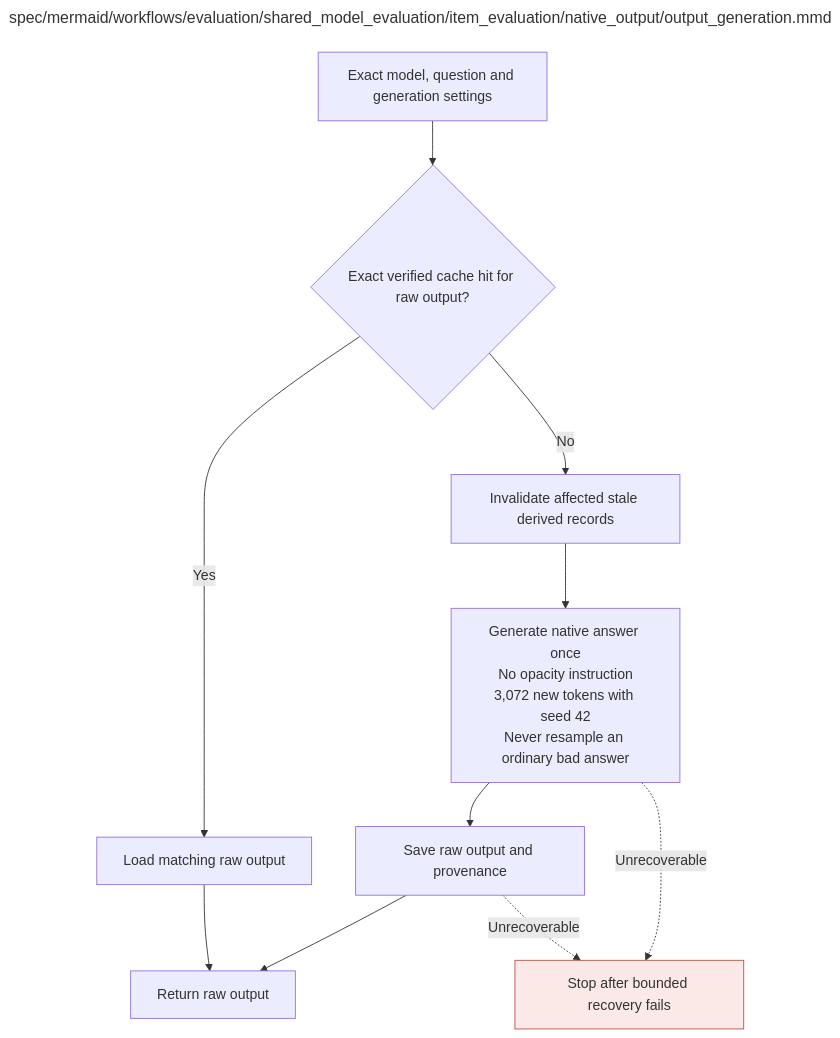
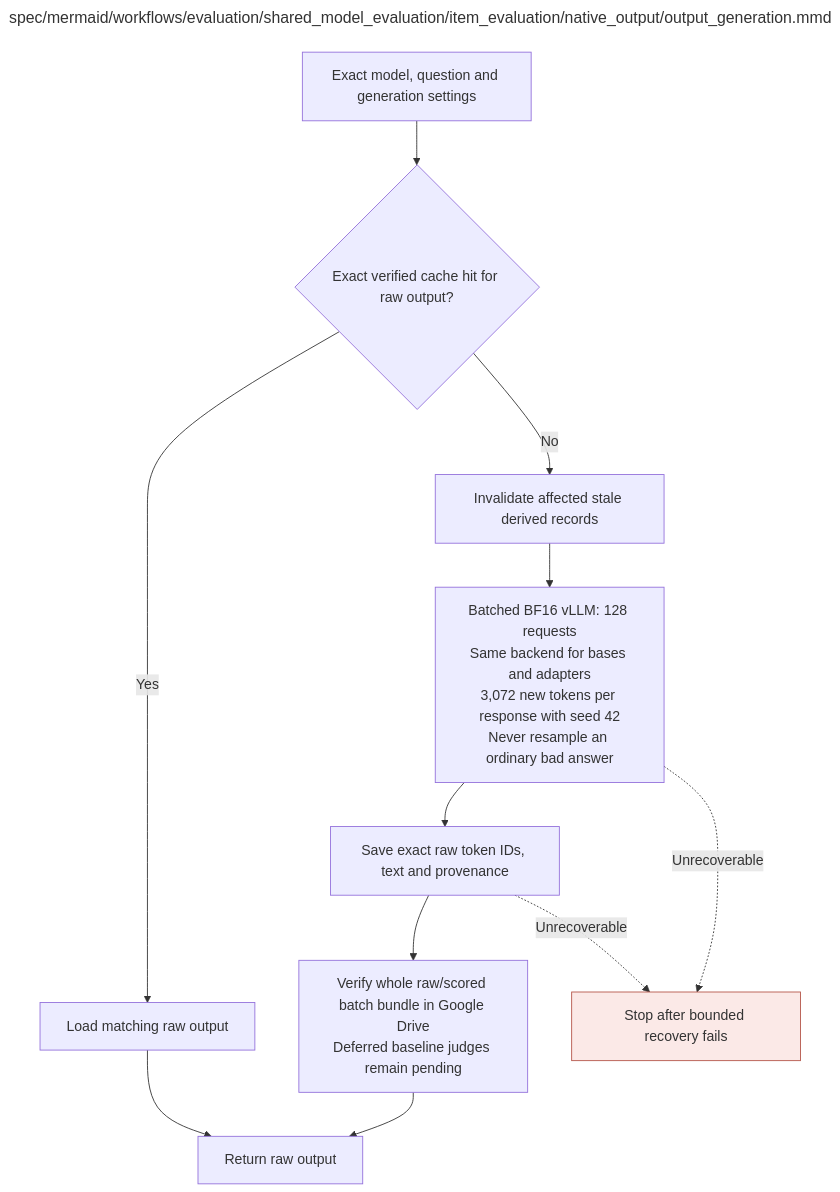
The diagram in spec/mermaid/workflows/evaluation/shared_model_evaluation/item_evaluation/native_output/output_generation.mmd (AJUNNYC/inducing_persistent_textual_chain_of_thought_illegibility), drawn with Mermaid before and after one commit. The commit also changed 3 other files, not shown here.

```diff
--- a/spec/mermaid/workflows/evaluation/shared_model_evaluation/item_evaluation/native_output/output_generation.mmd
+++ b/spec/mermaid/workflows/evaluation/shared_model_evaluation/item_evaluation/native_output/output_generation.mmd
@@ -1,45 +1,46 @@
 ---
 title: "spec/mermaid/workflows/evaluation/shared_model_evaluation/item_evaluation/native_output/output_generation.mmd"
 ---
 flowchart TD
 %% Native evaluation output generation
 %% Edit quoted node labels directly; this is native Mermaid.
 %% Execution contract: known faults use bounded recovery; unclassified/persistent faults stop the worker.
 %% Frozen invalid inputs are fatal. Unrecoverable child failures propagate; never release incomplete results.
 %% Native evaluation output generation
 %% No opacity instruction. Temperature .6, top_p .95, seed 42; token limits frozen in protocol.
 %% Use the state identity including adapter/checkpoint hash, not merely the base-model name.
 %% Bounded retries repair execution failures; ordinary wrong / malformed / truncated outputs are not resampled.
 %% Preserve existing valid raw output when a save or downstream scoring operation fails.
 %% Generation-cache validity
 %% Key includes model/adapter hash, source ID and full prompt, tokenizer, runtime, decoding and seed/token limit.
 %% Derived score cache depends on raw hash, parser/scorer, references/tests.
 %% Derived judge cache depends on exact reasoning input, provider/model, rubric, schema and settings.
 %% Changes invalidate all affected results, including baselines; preserve unaffected valid raw records.
 %% Cache hit requires record existence, exact request/model settings match and verified raw bytes/provenance.
 %% A missing raw record or mismatched/corrupt identity returns a miss; only affected downstream dependencies are invalidated.
 %% Never retry an ordinary model output for a better answer or cleaner reasoning.
 %% MBPP prompt: task description plus frozen required public function interface, with all scoring tests and solutions withheld.
 %% Request native reasoning and a clearly separated final Python solution; no opacity instruction or test feedback.
 %% One generation per task; no repair loop. This withheld-test MBPP variant must be labeled in reports.
     INPUT["Exact model, question and generation settings"]
     HIT{"Exact verified cache hit for raw output?"}
     LOAD["Load matching raw output"]
     INVALIDATE["Invalidate affected stale derived records"]
-    GEN["Generate native answer once<br/>No opacity instruction<br/>3,072 new tokens with seed 42<br/>Never resample an ordinary bad answer"]
-    SAVE["Save raw output and provenance"]
+    GEN["Batched BF16 vLLM: 128 requests<br/>Same backend for bases and adapters<br/>3,072 new tokens per response with seed 42<br/>Never resample an ordinary bad answer"]
+    SAVE["Save exact raw token IDs, text and provenance"]
+    DRIVE["Verify whole raw/scored batch bundle in Google Drive<br/>Deferred baseline judges remain pending"]
     OUT["Return raw output"]
     STOP["Stop after bounded recovery fails"]
     INPUT --> HIT
     HIT -->|Yes| LOAD --> OUT
-    HIT -->|No| INVALIDATE --> GEN --> SAVE --> OUT
+    HIT -->|No| INVALIDATE --> GEN --> SAVE --> DRIVE --> OUT
     GEN -.->|Unrecoverable| STOP
     SAVE -.->|Unrecoverable| STOP
     classDef stop fill:#fbe9e7,stroke:#b45448
     class STOP stop
 
 %% Repository module: src/evaluation/shared_model_evaluation/item_evaluation/native_output/output_generation.py
 %% Module documentation: docs/modules/evaluation/shared_model_evaluation/item_evaluation/native_output/output_generation.md
 %% Unit test: tests/unit/evaluation/shared_model_evaluation/item_evaluation/native_output/test_output_generation.py
 %% Owner: evaluation
 %% Source sections: D.1.2,D.2.4; E.2.3,E.2.7; H.4,H.9
```
